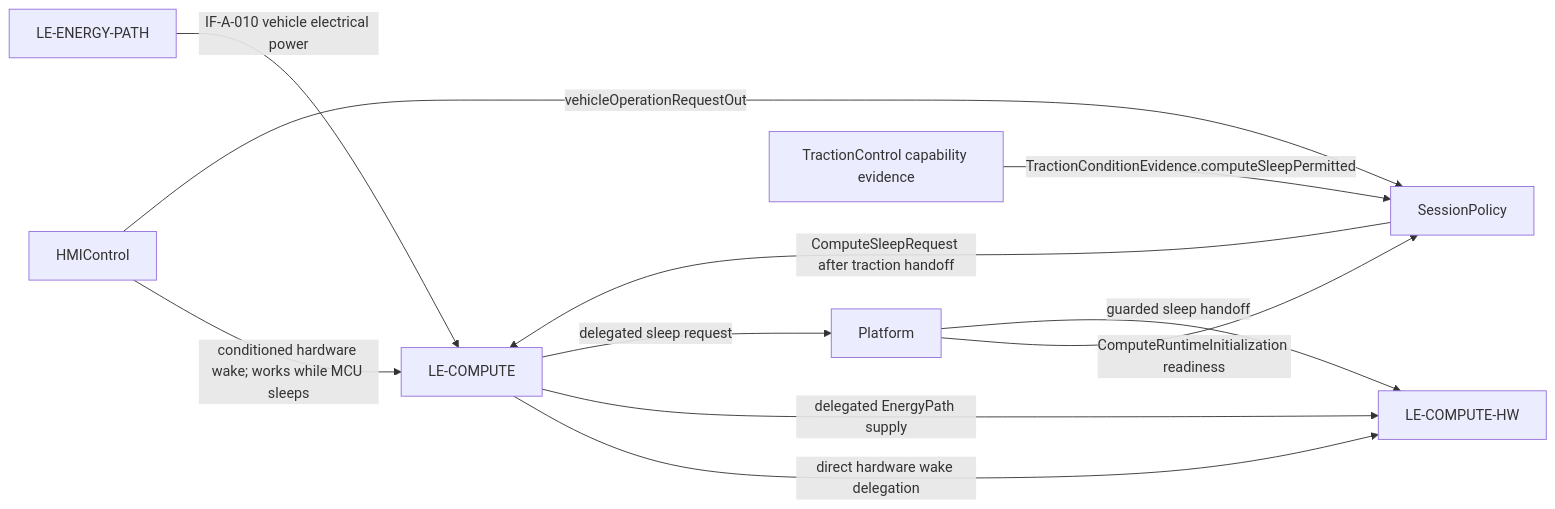
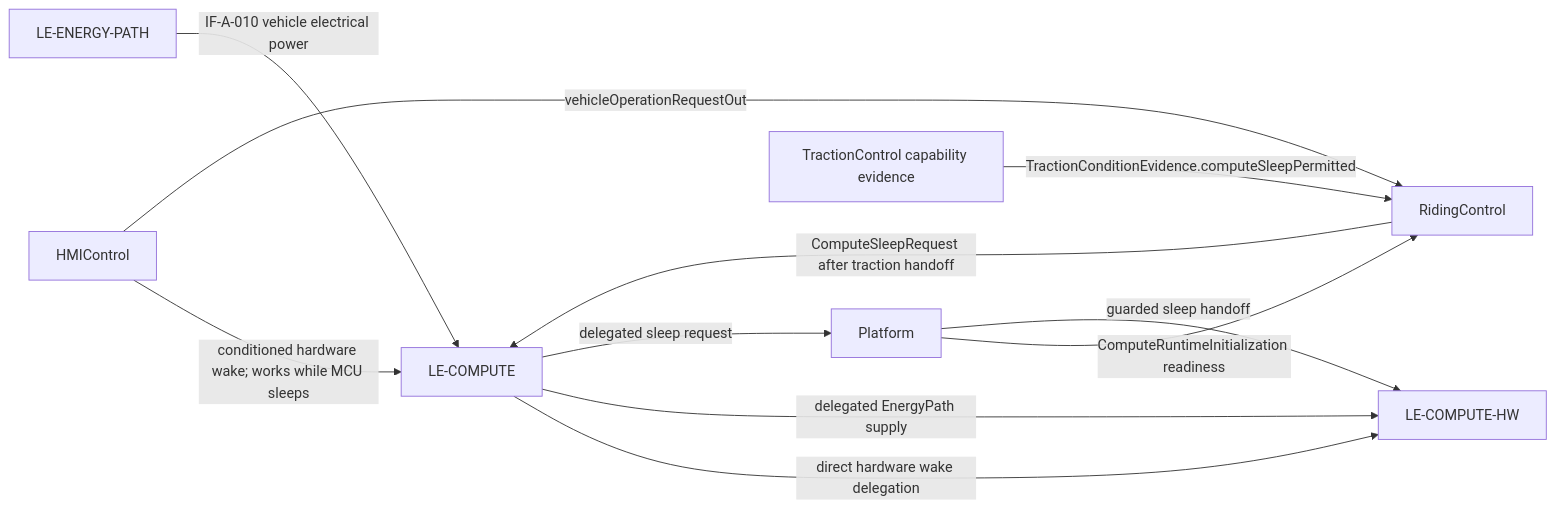
The second of 2 diagrams in .devenv/Architecture/SystemArchitecture/Modelling/Compute/README.md (dhellhake/X2CityMCU), drawn with Mermaid before and after one commit. The commit also changed other lines of this file and 93 other files, not shown here.

Commit message:
Refactored RidingControl on System Architecture

````diff
--- a/.devenv/Architecture/SystemArchitecture/Modelling/Compute/README.md
+++ b/.devenv/Architecture/SystemArchitecture/Modelling/Compute/README.md
@@ -30,13 +30,13 @@
 ```mermaid
 flowchart LR
     HMI[HMIControl] -->|conditioned hardware wake; works while MCU sleeps| Compute[LE-COMPUTE]
     Compute -->|direct hardware wake delegation| HW[LE-COMPUTE-HW]
-    HMI -->|vehicleOperationRequestOut| Session[SessionPolicy]
+    HMI -->|vehicleOperationRequestOut| RidingControl[RidingControl]
     EnergyPath[LE-ENERGY-PATH] -->|IF-A-010 vehicle electrical power| Compute
     Compute -->|delegated EnergyPath supply| HW
-    Platform -->|ComputeRuntimeInitialization readiness| Session
-    Session -->|ComputeSleepRequest after traction handoff| Compute
+    Platform -->|ComputeRuntimeInitialization readiness| RidingControl
+    RidingControl -->|ComputeSleepRequest after traction handoff| Compute
     Compute -->|delegated sleep request| Platform
-    Traction[TractionControl capability evidence] -->|TractionConditionEvidence.computeSleepPermitted| Session
+    Traction[TractionControl capability evidence] -->|TractionConditionEvidence.computeSleepPermitted| RidingControl
     Platform -->|guarded sleep handoff| HW
 ```
````
